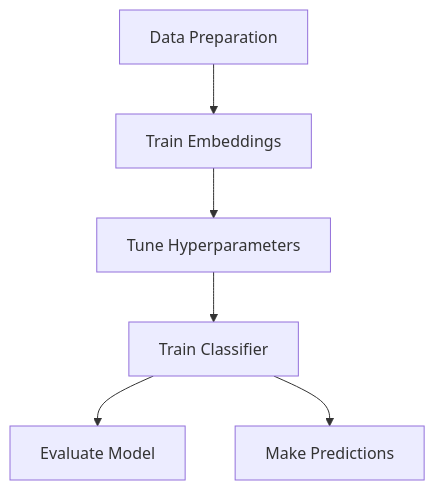
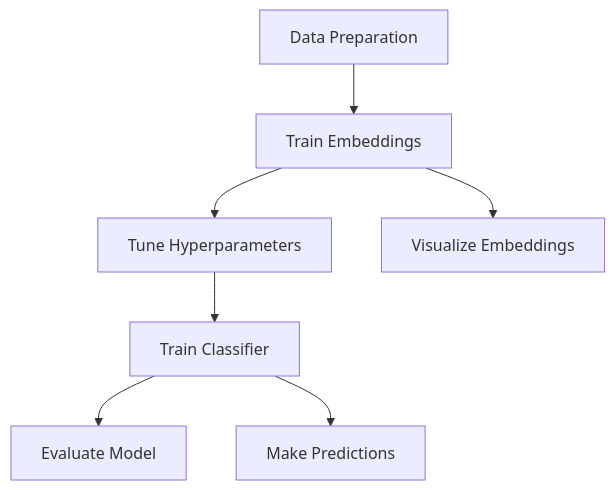
The diagram in wiki/home.md (tmnestor/embedding_classifier_tuner), drawn with Mermaid before and after one commit. The commit also changed other lines of this file and 32 other files, not shown here.

````diff
--- a/wiki/home.md
+++ b/wiki/home.md
@@ -37,8 +40,9 @@
 ```mermaid
 graph TD
     A[Data Preparation] --> B[Train Embeddings]
     B --> C[Tune Hyperparameters]
     C --> D[Train Classifier]
     D --> E[Evaluate Model]
     D --> F[Make Predictions]
+    B --> G[Visualize Embeddings]
 ```
````
